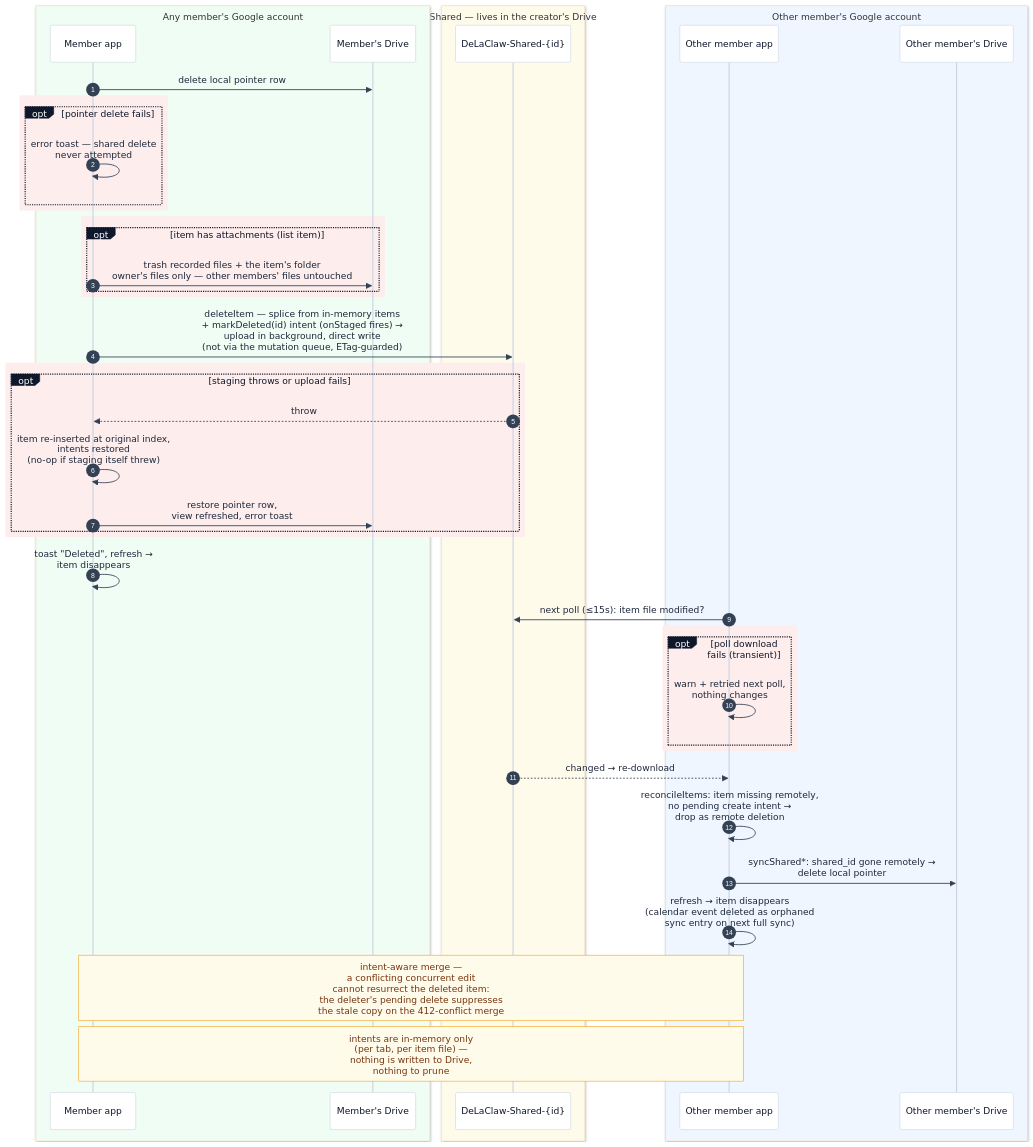
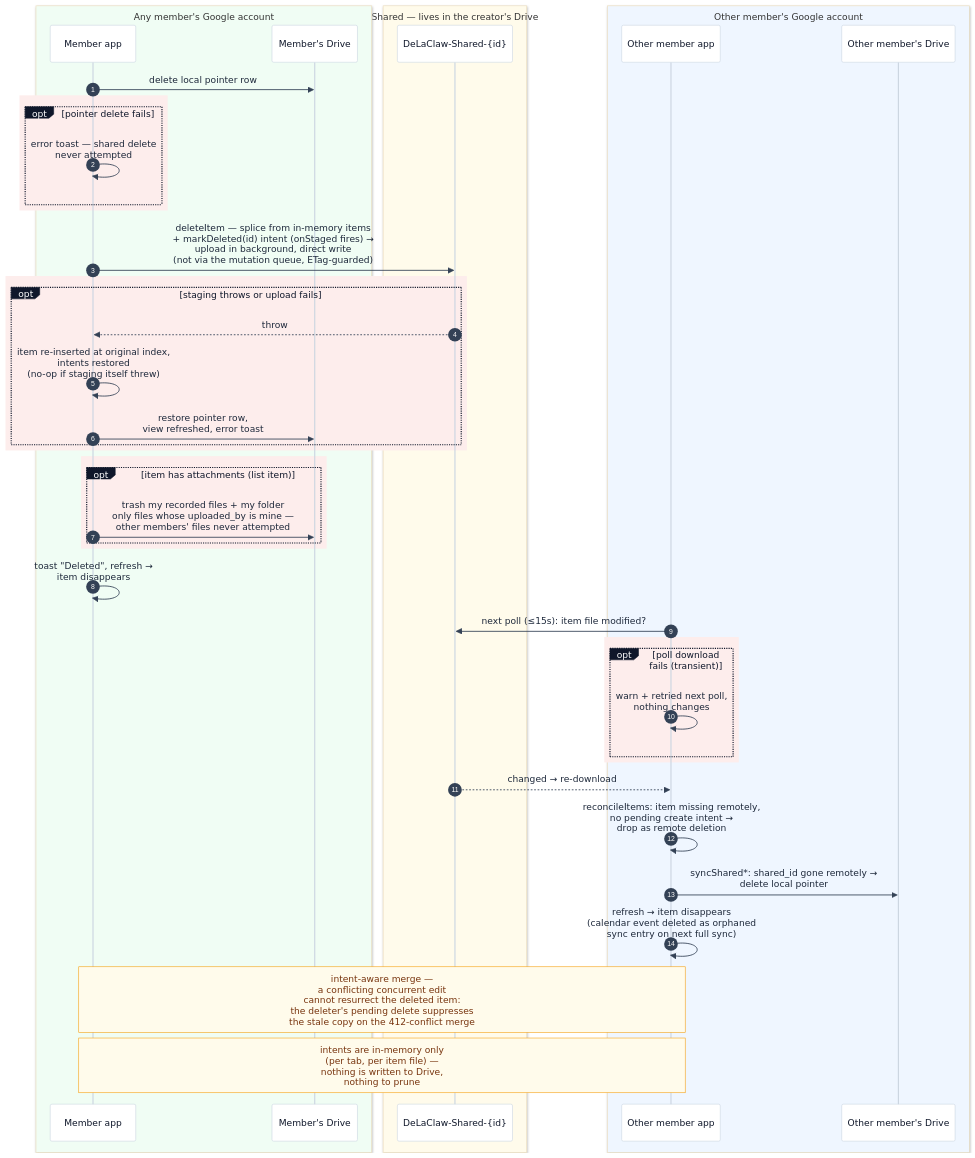
The eighth of 14 diagrams in docs-site/sharing.md (AntGro/DeLaClaw), drawn with Mermaid before and after one commit. The commit also changed other lines of this file and 9 other files, not shown here.

````diff
--- a/docs-site/sharing.md
+++ b/docs-site/sharing.md
@@ -400,49 +400,49 @@
 ```mermaid
 %%{init: {'theme': 'base', 'themeVariables': {'background': '#fbfaf8', 'actorBkg': '#ffffff', 'actorBorder': '#cbd5e1', 'actorTextColor': '#0f172a', 'actorLineColor': '#cbd5e1', 'signalColor': '#334155', 'signalTextColor': '#1e293b', 'noteBkgColor': '#fffbeb', 'noteBorderColor': '#f59e0b', 'noteTextColor': '#78350f', 'labelBoxBkgColor': '#0f172a', 'labelBoxBorderColor': '#0f172a', 'labelTextColor': '#ffffff'}}}%%
 sequenceDiagram
     autonumber
     box rgb(240,253,244) Any member's Google account
     participant MA as Member app
     participant MD as Member's Drive
     end
     box rgb(255,251,235) Shared — lives in the creator's Drive
     participant SF as DeLaClaw-Shared-{id}
     end
     box rgb(239,246,255) Other member's Google account
     participant OA as Other member app
     participant OD as Other member's Drive
     end
 
     MA->>MD: delete local pointer row
     rect rgb(253, 237, 236)
     opt pointer delete fails
         MA->>MA: error toast — shared delete<br/>never attempted
     end
     end
-    rect rgb(253, 237, 236)
-    opt item has attachments (list item)
-        MA->>MD: trash recorded files + the item's folder<br/>owner's files only — other members' files untouched
-    end
-    end
     MA->>SF: deleteItem — splice from in-memory items<br/>+ markDeleted(id) intent (onStaged fires) →<br/>upload in background, direct write<br/>(not via the mutation queue, ETag-guarded)
     rect rgb(253, 237, 236)
     opt staging throws or upload fails
         SF-->>MA: throw
         MA->>MA: item re-inserted at original index,<br/>intents restored<br/>(no-op if staging itself threw)
         MA->>MD: restore pointer row,<br/>view refreshed, error toast
+    end
+    end
+    rect rgb(253, 237, 236)
+    opt item has attachments (list item)
+        MA->>MD: trash my recorded files + my folder<br/>only files whose uploaded_by is mine —<br/>other members' files never attempted
     end
     end
     MA->>MA: toast "Deleted", refresh →<br/>item disappears
     OA->>SF: next poll (≤15s): item file modified?
     rect rgb(253, 237, 236)
     opt poll download fails (transient)
         OA->>OA: warn + retried next poll,<br/>nothing changes
     end
     end
     SF-->>OA: changed → re-download
     OA->>OA: reconcileItems: item missing remotely,<br/>no pending create intent →<br/>drop as remote deletion
     OA->>OD: syncShared*: shared_id gone remotely →<br/>delete local pointer
     OA->>OA: refresh → item disappears<br/>(calendar event deleted as orphaned<br/>sync entry on next full sync)
     Note over MA,OA: intent-aware merge —<br/>a conflicting concurrent edit<br/>cannot resurrect the deleted item:<br/>the deleter's pending delete suppresses<br/>the stale copy on the 412-conflict merge
     Note over MA,OA: intents are in-memory only<br/>(per tab, per item file) —<br/>nothing is written to Drive,<br/>nothing to prune
 ```
````
